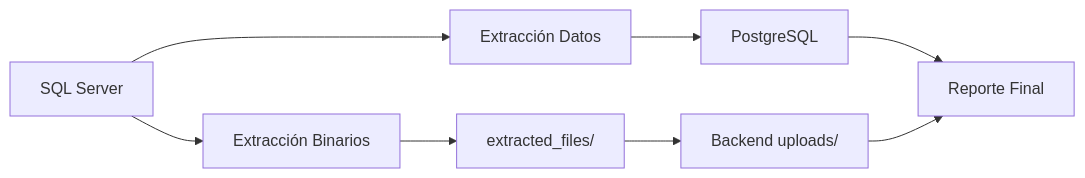
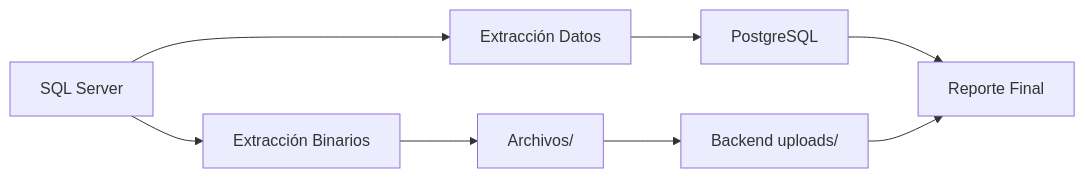
The diagram in README.md (GuillermoTorresRenner/etl-sibne), drawn with Mermaid before and after one commit. The commit also changed other lines of this file and 6 other files, not shown here.

````diff
--- a/README.md
+++ b/README.md
@@ -21,10 +21,10 @@
 ```mermaid
 graph LR
     A[SQL Server] --> B[Extracción Datos]
     A --> C[Extracción Binarios]
     B --> D[PostgreSQL]
-    C --> E[extracted_files/]
+    C --> E[Archivos/]
     E --> F[Backend uploads/]
     D --> G[Reporte Final]
     F --> G
 ```
````
